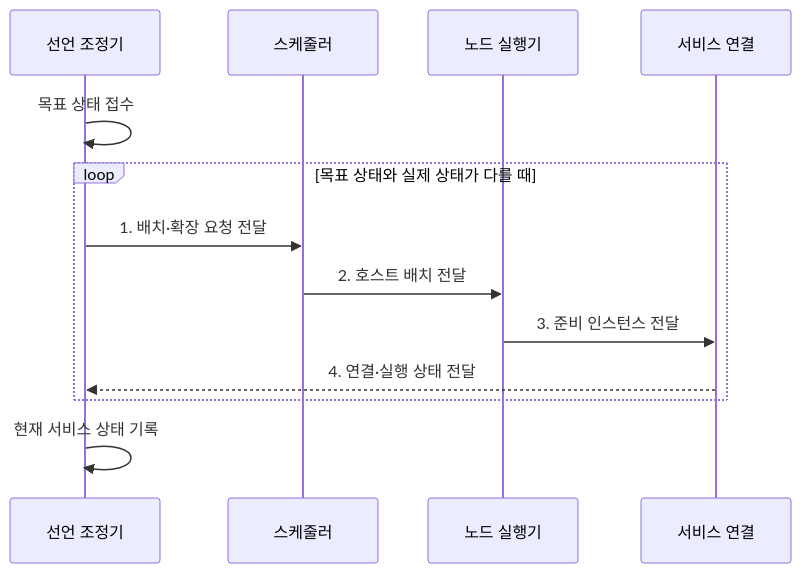
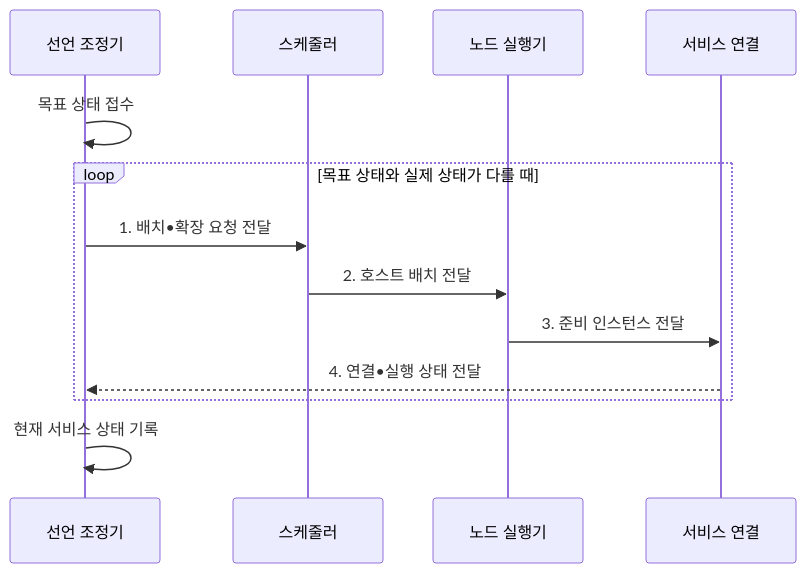
Before and after one commit to agnusdei1207/knowledge-base: the second of 2 diagrams in src/content/docs/notes/08-latest-tech/159_container_orchestration.md, drawn with Mermaid. The commit also changed other lines of this file and 953 other files, not shown here.

````diff
--- a/src/content/docs/notes/08-latest-tech/159_container_orchestration.md
+++ b/src/content/docs/notes/08-latest-tech/159_container_orchestration.md
@@ -105,15 +105,15 @@
 ```mermaid
 sequenceDiagram
     participant R as 선언 조정기
     participant S as 스케줄러
     participant N as 노드 실행기
     participant D as 서비스 연결
     R->>R: 목표 상태 접수
     loop 목표 상태와 실제 상태가 다를 때
-        R->>S: 1. 배치·확장 요청 전달
+        R->>S: 1. 배치•확장 요청 전달
         S->>N: 2. 호스트 배치 전달
         N->>D: 3. 준비 인스턴스 전달
-        D-->>R: 4. 연결·실행 상태 전달
+        D-->>R: 4. 연결•실행 상태 전달
     end
     R->>R: 현재 서비스 상태 기록
 ```
````
